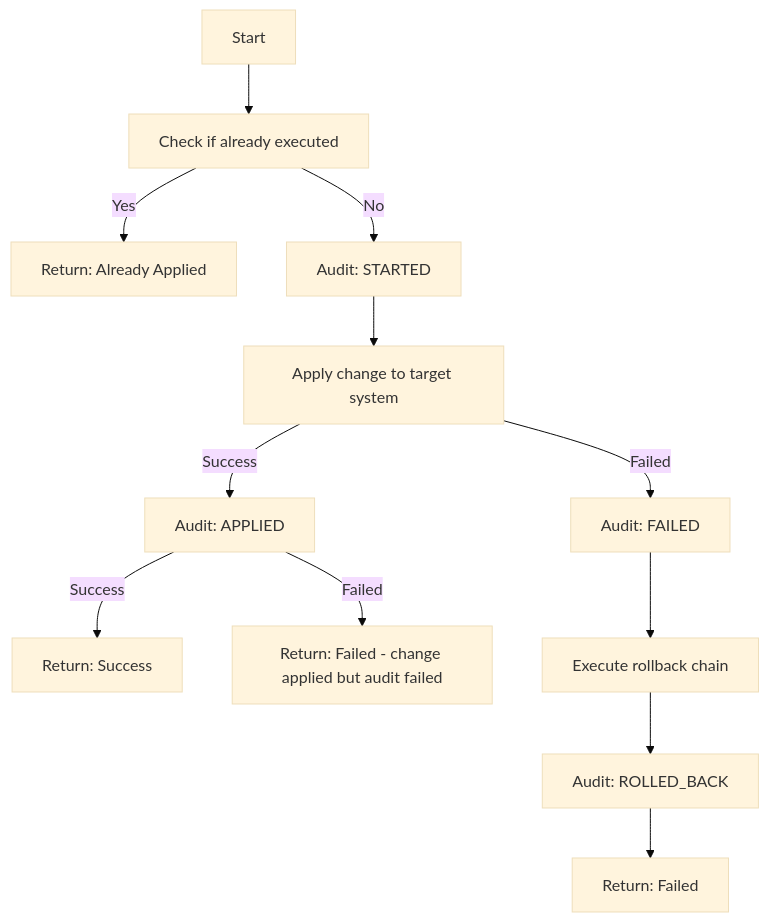
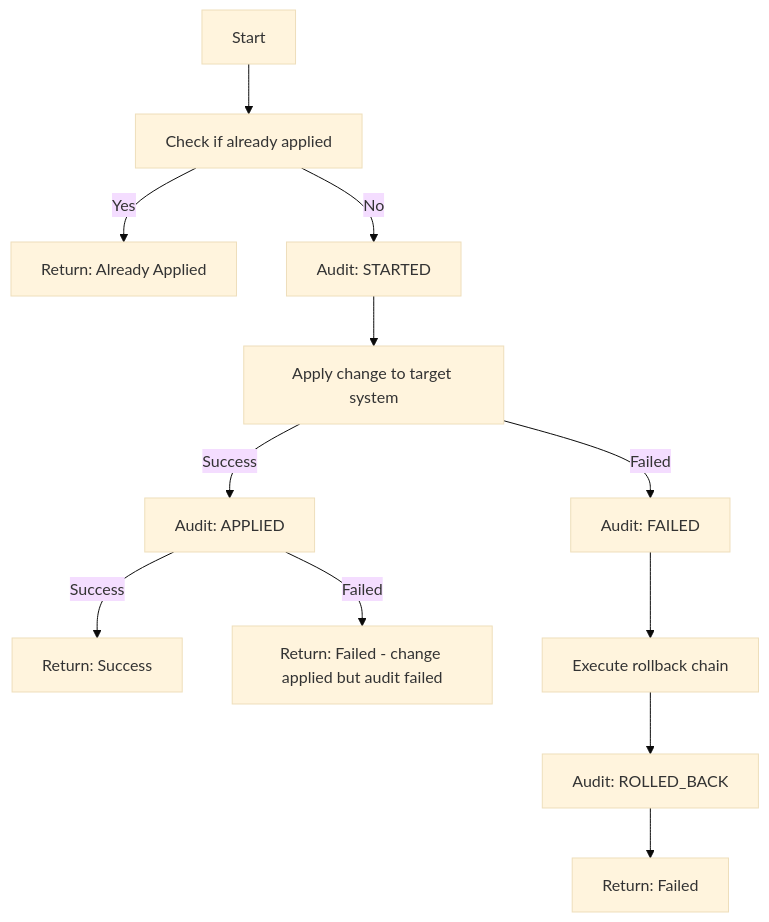
The first of 4 diagrams in docs/CHANGE_PROCESS_STRATEGIES.md (flamingock/flamingock-java), drawn with Mermaid (base theme) before and after one commit. The commit also changed other lines of this file and 42 other files, not shown here.

Commit message:
refactor: rename executed to applied

````diff
--- a/docs/CHANGE_PROCESS_STRATEGIES.md
+++ b/docs/CHANGE_PROCESS_STRATEGIES.md
@@ -23,14 +23,14 @@
 ```mermaid
 flowchart TD
-    A[Start] --> B[Check if already executed]
+    A[Start] --> B[Check if already applied]
     B -->|Yes| C[Return: Already Applied]
     B -->|No| D[Audit: STARTED]
     D --> E[Apply change to target system]
     E -->|Success| F[Audit: APPLIED]
     F -->|Success| G[Return: Success]
     F -->|Failed| H[Return: Failed - change applied but audit failed]
     E -->|Failed| I[Audit: FAILED]
     I --> J[Execute rollback chain]
     J --> K[Audit: ROLLED_BACK]
     K --> L[Return: Failed]
 ```
````
